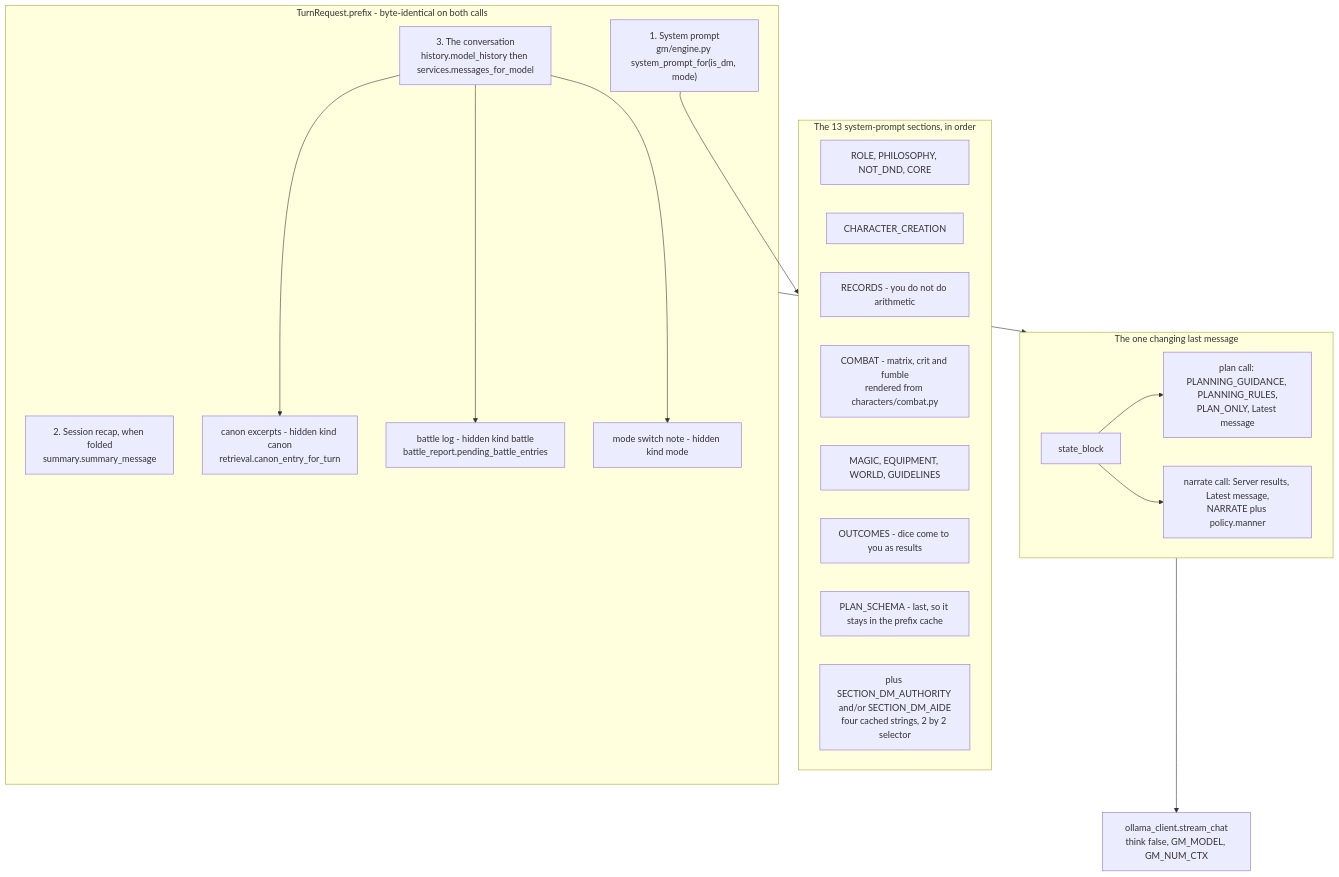
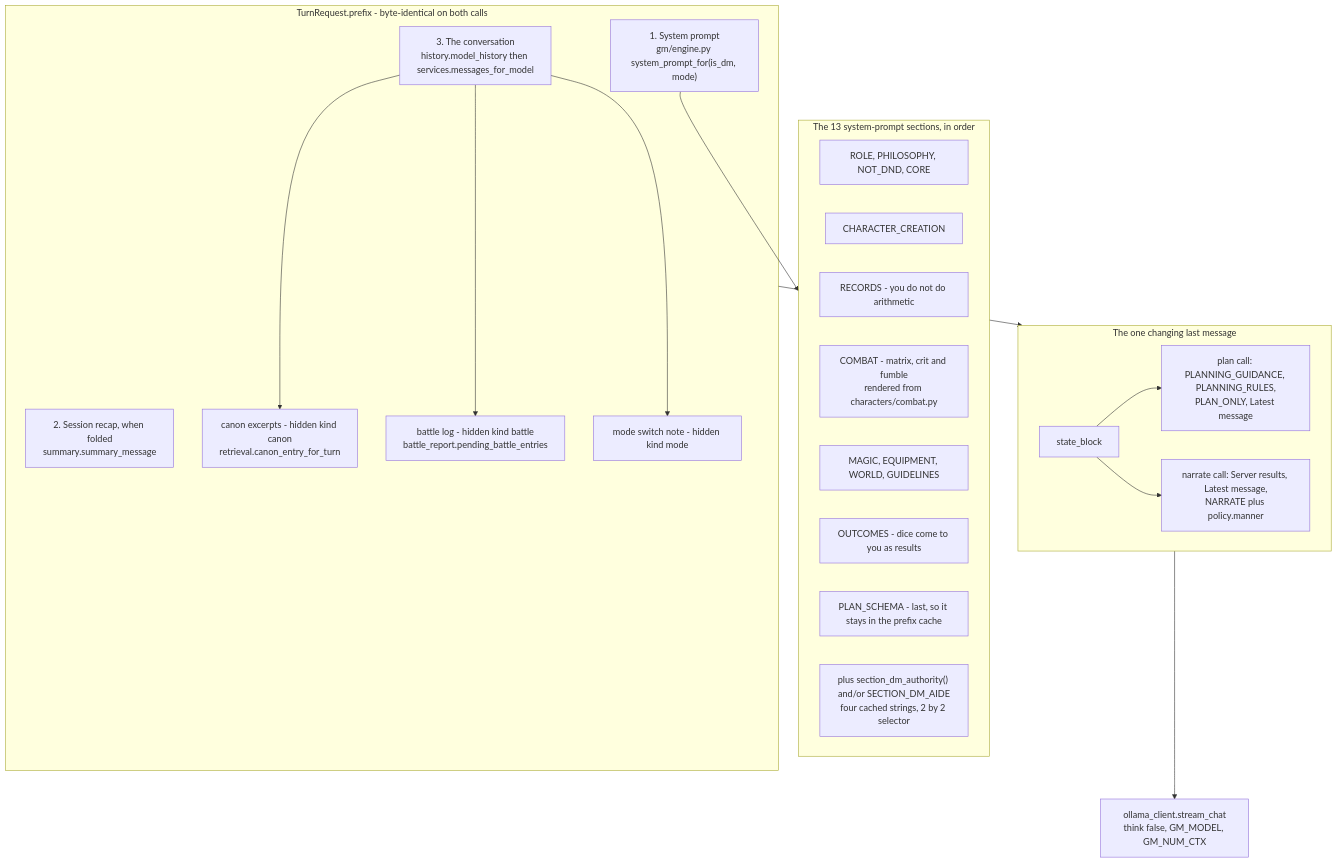
Diagram 13 of 18 in docs/architecture.md (smarks/tarmar-studio), drawn with Mermaid before and after one commit. The commit also changed other lines of this file and 20 other files, not shown here.

````diff
--- a/docs/architecture.md
+++ b/docs/architecture.md
@@ -1116,37 +1119,37 @@
 ```mermaid
 graph TD
     subgraph prefix["TurnRequest.prefix - byte-identical on both calls"]
         sys["1. System prompt<br/>gm/engine.py system_prompt_for(is_dm, mode)"]
         recap["2. Session recap, when folded<br/>summary.summary_message"]
         hist["3. The conversation<br/>history.model_history then services.messages_for_model"]
         canon["canon excerpts - hidden kind canon<br/>retrieval.canon_entry_for_turn"]
         battlelog["battle log - hidden kind battle<br/>battle_report.pending_battle_entries"]
         modenote["mode switch note - hidden kind mode"]
         hist --> canon
         hist --> battlelog
         hist --> modenote
     end
 
     subgraph sections["The 13 system-prompt sections, in order"]
         s1["ROLE, PHILOSOPHY, NOT_DND, CORE"]
         s2["CHARACTER_CREATION"]
         s3["RECORDS - you do not do arithmetic"]
         s4["COMBAT - matrix, crit and fumble<br/>rendered from characters/combat.py"]
         s5["MAGIC, EQUIPMENT, WORLD, GUIDELINES"]
         s6["OUTCOMES - dice come to you as results"]
         s7["PLAN_SCHEMA - last, so it stays in the prefix cache"]
-        addenda["plus SECTION_DM_AUTHORITY and/or SECTION_DM_AIDE<br/>four cached strings, 2 by 2 selector"]
+        addenda["plus section_dm_authority() and/or SECTION_DM_AIDE<br/>four cached strings, 2 by 2 selector"]
     end
     sys --> sections
 
     subgraph last["The one changing last message"]
         sb["state_block"]
         planm["plan call: PLANNING_GUIDANCE, PLANNING_RULES,<br/>PLAN_ONLY, Latest message"]
         narrm["narrate call: Server results, Latest message,<br/>NARRATE plus policy.manner"]
         sb --> planm
         sb --> narrm
     end
 
     prefix --> last
     last --> ollama["ollama_client.stream_chat<br/>think false, GM_MODEL, GM_NUM_CTX"]
 ```
````
